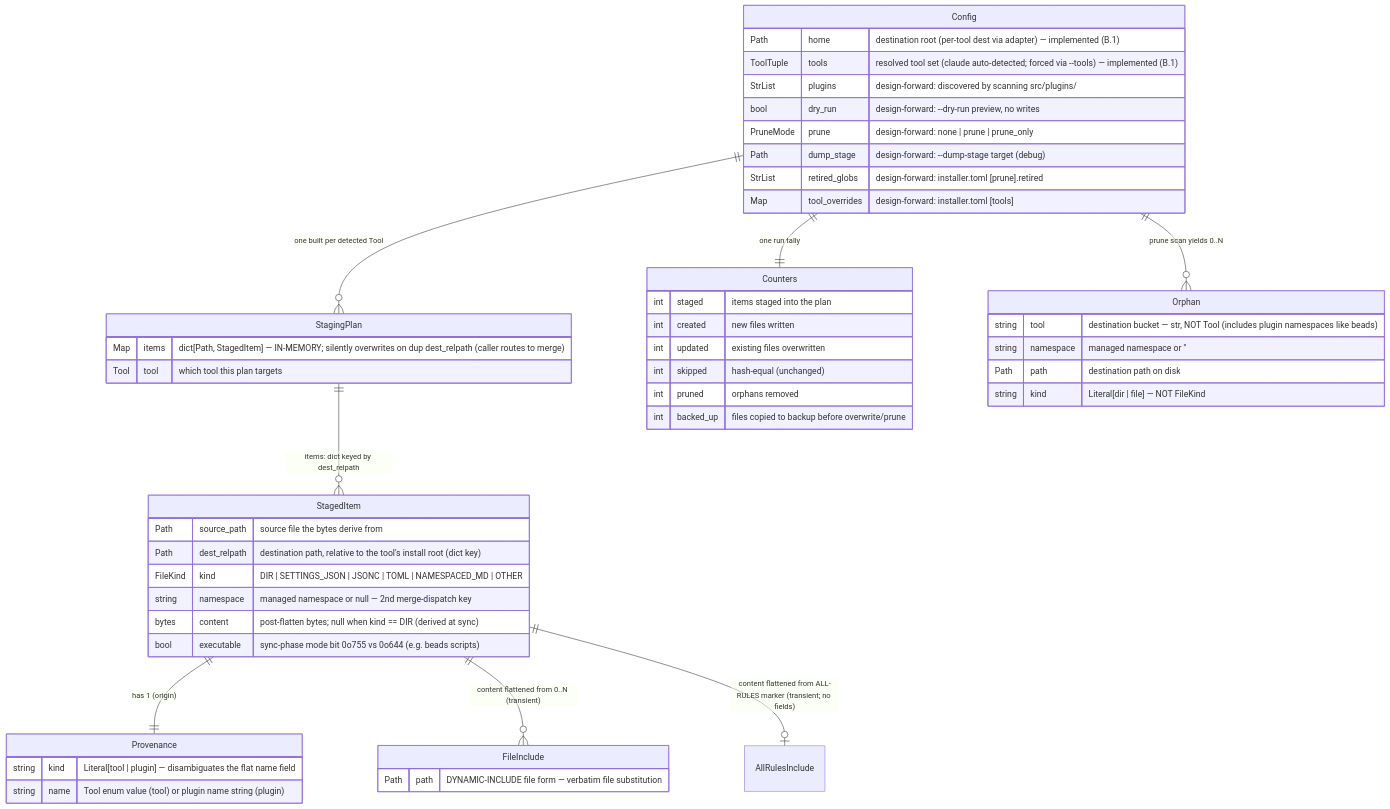
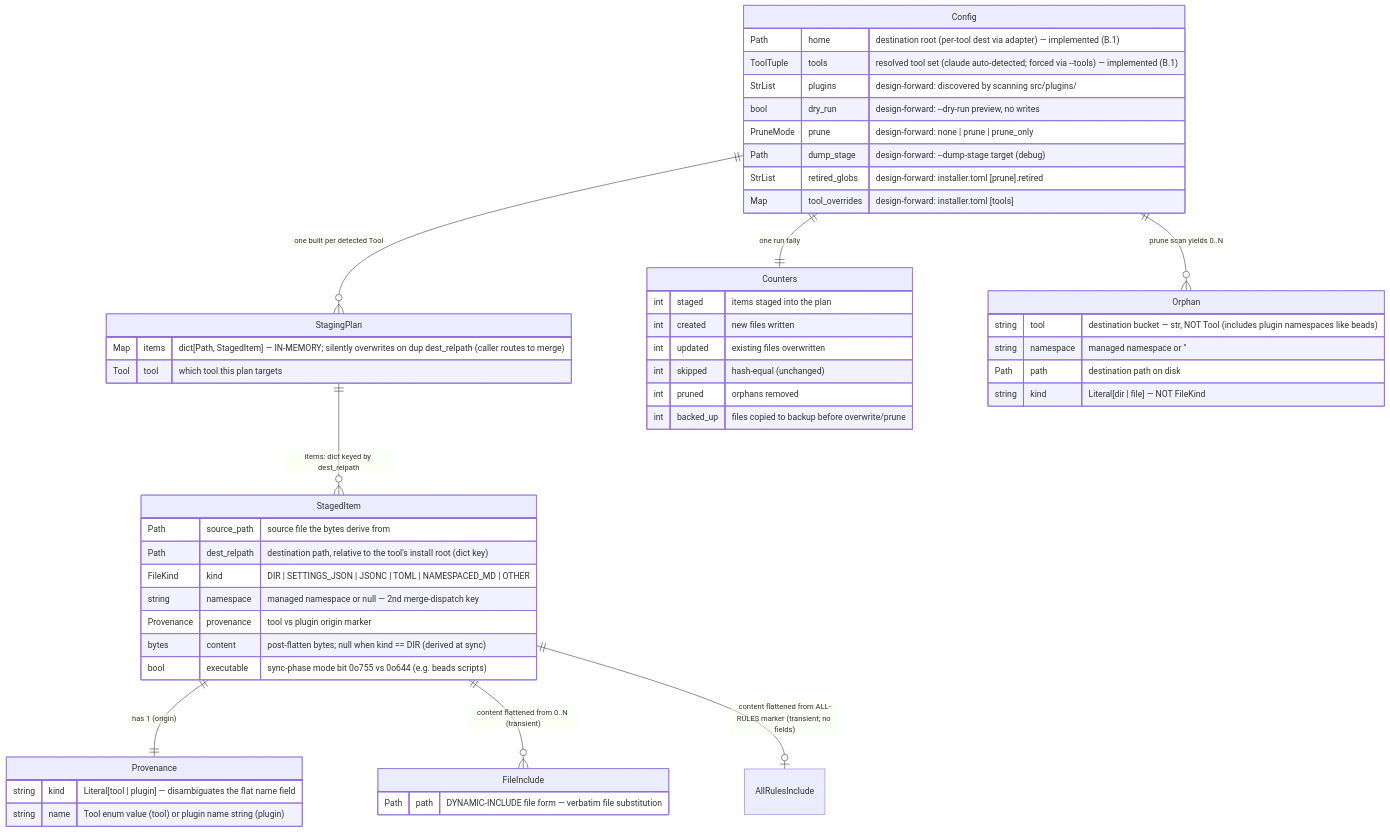
One commit to scotthamilton77/agents-config changed the first of 2 diagrams in docs/architecture/installer/data-view.md. Above: the diagram before and after it, drawn with Mermaid. The commit also changed other lines of this file and 3 other files, not shown here.

````diff
--- a/docs/architecture/installer/data-view.md
+++ b/docs/architecture/installer/data-view.md
@@ -36,60 +36,61 @@
 ```mermaid
 erDiagram
     Config      ||--o{ StagingPlan      : "one built per detected Tool"
     StagingPlan ||--o{ StagedItem       : "items: dict keyed by dest_relpath"
     StagedItem  ||--|| Provenance        : "has 1 (origin)"
     StagedItem  ||--o{ FileInclude       : "content flattened from 0..N (transient)"
     StagedItem  ||--o| AllRulesInclude   : "content flattened from ALL-RULES marker (transient; no fields)"
     Config      ||--|| Counters          : "one run tally"
     Config      ||--o{ Orphan            : "prune scan yields 0..N"
 
     Config {
         Path      home           "destination root (per-tool dest via adapter) — implemented (B.1)"
         ToolTuple tools          "resolved tool set (claude auto-detected; forced via --tools) — implemented (B.1)"
         StrList   plugins        "design-forward: discovered by scanning src/plugins/"
         bool      dry_run        "design-forward: --dry-run preview, no writes"
         PruneMode prune          "design-forward: none | prune | prune_only"
         Path      dump_stage     "design-forward: --dump-stage target (debug)"
         StrList   retired_globs  "design-forward: installer.toml [prune].retired"
         Map       tool_overrides "design-forward: installer.toml [tools]"
     }
 
     StagingPlan {
         Map  items  "dict[Path, StagedItem] — IN-MEMORY; silently overwrites on dup dest_relpath (caller routes to merge)"
         Tool tool   "which tool this plan targets"
     }
 
     StagedItem {
         Path     source_path   "source file the bytes derive from"
         Path     dest_relpath  "destination path, relative to the tool's install root (dict key)"
         FileKind kind          "DIR | SETTINGS_JSON | JSONC | TOML | NAMESPACED_MD | OTHER"
         string   namespace     "managed namespace or null — 2nd merge-dispatch key"
+        Provenance provenance  "tool vs plugin origin marker"
         bytes    content       "post-flatten bytes; null when kind == DIR (derived at sync)"
         bool     executable    "sync-phase mode bit 0o755 vs 0o644 (e.g. beads scripts)"
     }
 
     Provenance {
         string kind  "Literal[tool | plugin] — disambiguates the flat name field"
         string name  "Tool enum value (tool) or plugin name string (plugin)"
     }
 
     FileInclude {
         Path path  "DYNAMIC-INCLUDE file form — verbatim file substitution"
     }
 
     Orphan {
         string tool       "destination bucket — str, NOT Tool (includes plugin namespaces like beads)"
         string namespace  "managed namespace or ''"
         Path   path       "destination path on disk"
         string kind       "Literal[dir | file] — NOT FileKind"
     }
 
     Counters {
         int staged     "items staged into the plan"
         int created    "new files written"
         int updated    "existing files overwritten"
         int skipped    "hash-equal (unchanged)"
         int pruned     "orphans removed"
         int backed_up  "files copied to backup before overwrite/prune"
     }
 ```
````
